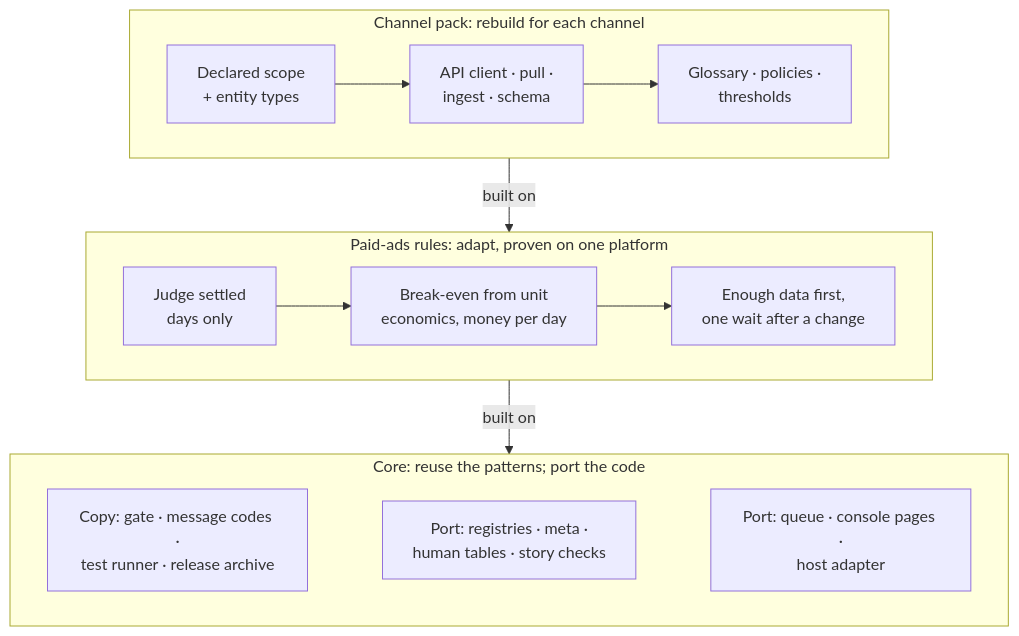
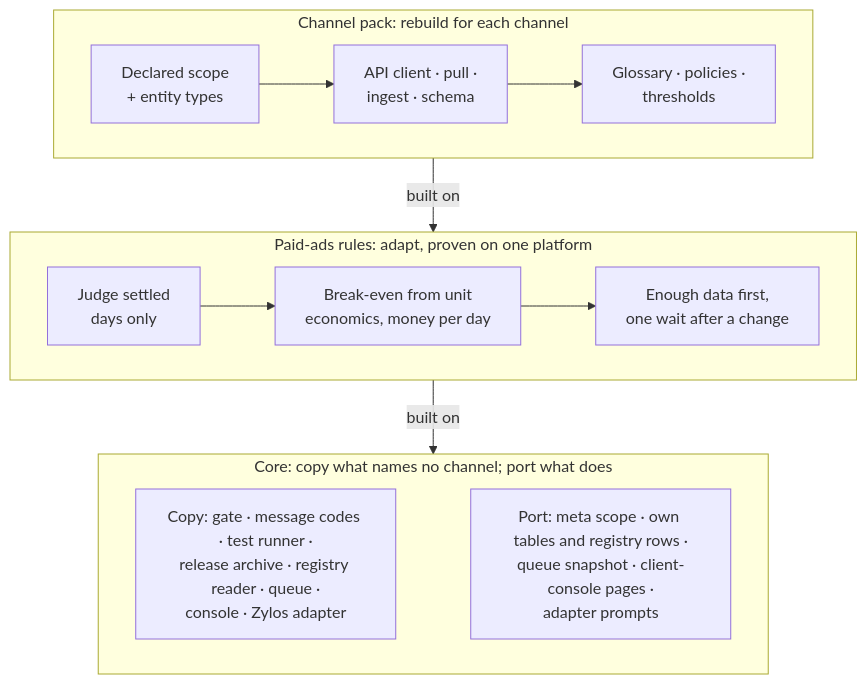
Before and after one commit to thaddeus-growth/Agent-Harness-playbook: diagram 13 of 13 in README.md, drawn with Mermaid. The commit also changed other lines of this file and 37 other files, not shown here.

````diff
--- a/README.md
+++ b/README.md
@@ -466,16 +484,16 @@
 ```mermaid
 flowchart TB
     subgraph PACK["Channel pack: rebuild for each channel"]
       direction LR
       SC["Declared scope<br/>+ entity types"] --> API["API client · pull ·<br/>ingest · schema"] --> MEAN["Glossary · policies ·<br/>thresholds"]
     end
     subgraph PAID["Paid-ads rules: adapt, proven on one platform"]
       direction LR
       SE["Judge settled<br/>days only"] --> BE["Break-even from unit<br/>economics, money per day"] --> WT["Enough data first,<br/>one wait after a change"]
     end
-    subgraph CORE["Core: reuse the patterns; port the code"]
+    subgraph CORE["Core: copy what names no channel; port what does"]
       direction LR
-      CP["Copy: gate · message codes ·<br/>test runner · release archive"] ~~~ PT["Port: registries · meta ·<br/>human tables · story checks"] ~~~ CB["Port: queue · console pages ·<br/>host adapter"]
+      CP["Copy: gate · message codes · test runner ·<br/>release archive · registry reader · queue ·<br/>console · Zylos adapter"] ~~~ PT["Port: meta scope · own tables and registry rows ·<br/>queue snapshot · client-console pages ·<br/>adapter prompts"]
     end
     PACK -->|built on| PAID -->|built on| CORE
 ```
````
